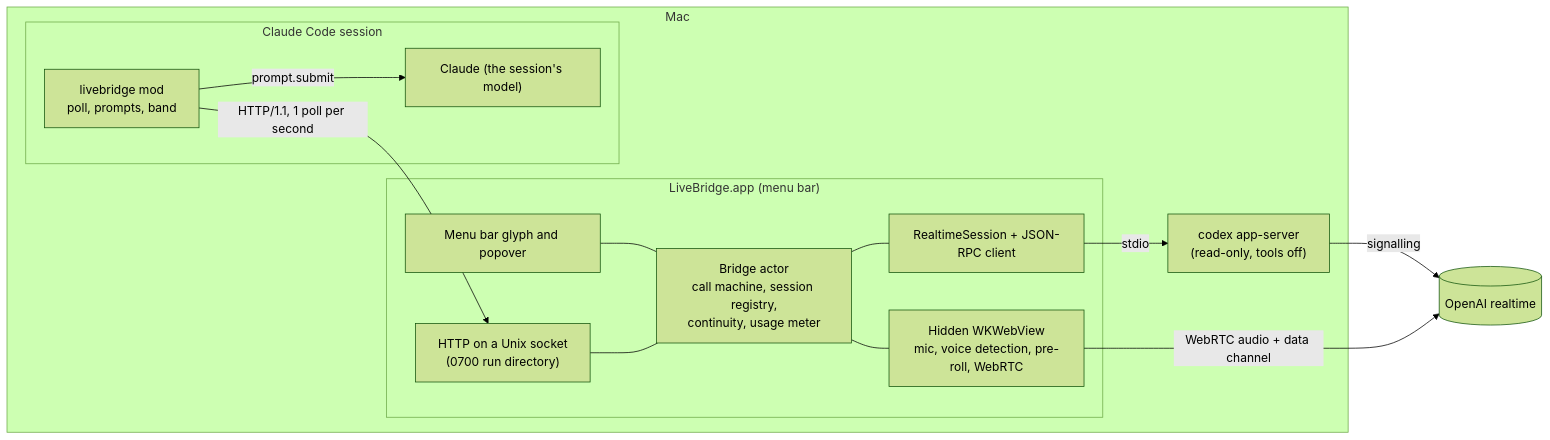
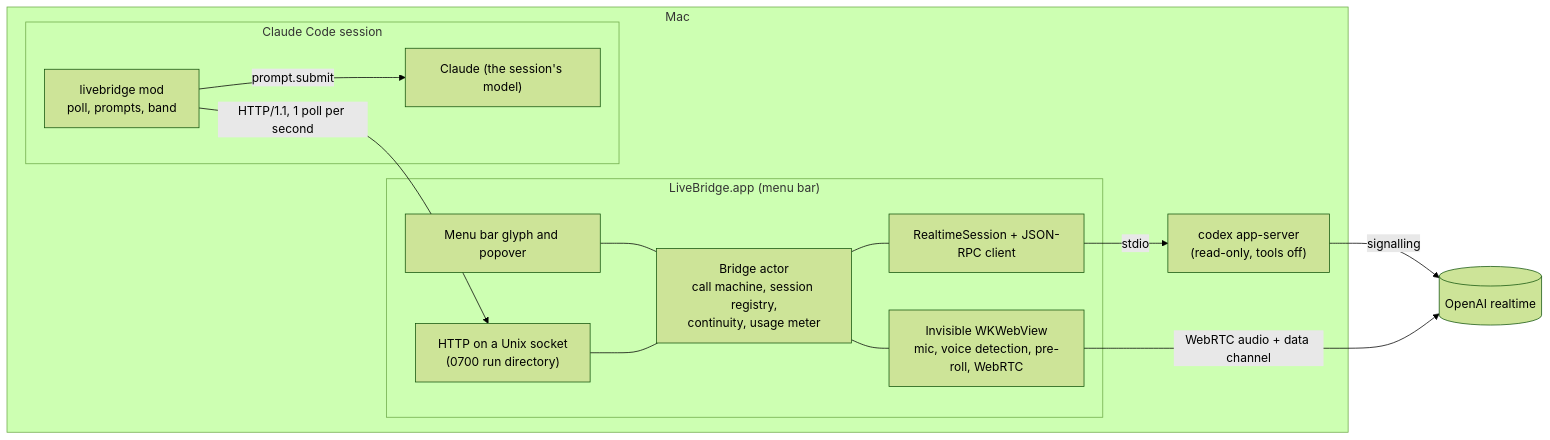
The first of 7 diagrams in docs/architecture/overview.md (Nezhinskiy/claude-gpt-live-bridge), drawn with Mermaid (forest theme) before and after one commit. The commit also changed other lines of this file and 13 other files, not shown here.

````diff
--- a/docs/architecture/overview.md
+++ b/docs/architecture/overview.md
@@ -10,27 +10,27 @@
 ```mermaid
 flowchart LR
   subgraph Mac
     subgraph App["LiveBridge.app (menu bar)"]
       UI["Menu bar glyph and popover"]
       Bridge["Bridge actor<br/>call machine, session registry,<br/>continuity, usage meter"]
       Server["HTTP on a Unix socket<br/>(0700 run directory)"]
       Codex["RealtimeSession + JSON-RPC client"]
-      Audio["Hidden WKWebView<br/>mic, voice detection, pre-roll, WebRTC"]
+      Audio["Invisible WKWebView<br/>mic, voice detection, pre-roll, WebRTC"]
     end
     CodexProc["codex app-server<br/>(read-only, tools off)"]
     subgraph Engine["Claude Code session"]
       Mod["livebridge mod<br/>poll, prompts, band"]
       Claude["Claude (the session's model)"]
     end
   end
   OpenAI[("OpenAI realtime")]
   UI --- Bridge
   Server --- Bridge
   Bridge --- Codex
   Bridge --- Audio
   Codex -- stdio --> CodexProc
   CodexProc -- signalling --> OpenAI
   Audio -- "WebRTC audio + data channel" --> OpenAI
   Mod -- "HTTP/1.1, 1 poll per second" --> Server
   Mod -- "prompt.submit" --> Claude
 ```
````
